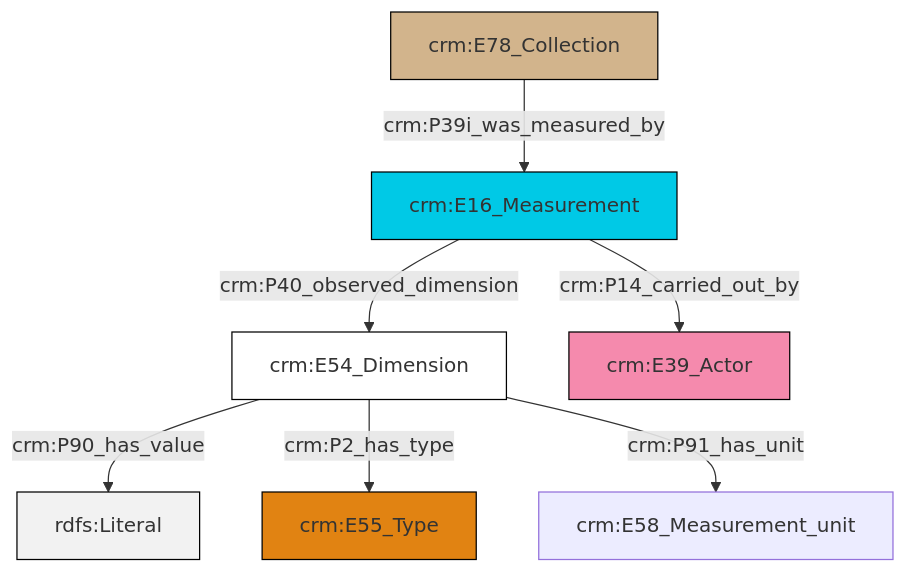
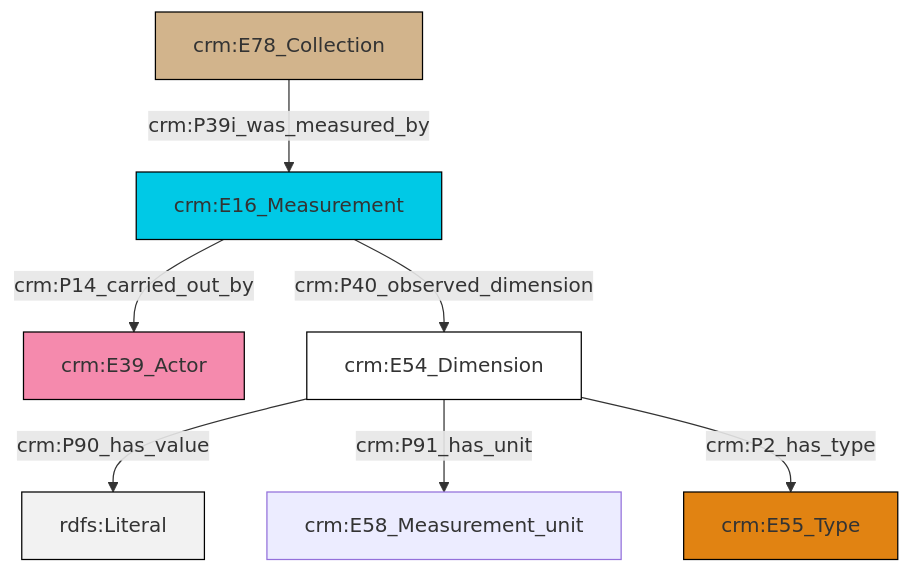
The diagram in et/archivalCSV/ttl/mmd/archival_substance.ttl.mmd (swiss-art-research-net/docs.swissartresearch), drawn with Mermaid before and after one commit. The commit also changed 181 other files, not shown here.

```diff
--- a/et/archivalCSV/ttl/mmd/archival_substance.ttl.mmd
+++ b/et/archivalCSV/ttl/mmd/archival_substance.ttl.mmd
@@ -1,21 +1,21 @@
 graph TD
 classDef Literal fill:#f2f2f2,stroke:#000000;
 classDef CRM_Entity fill:#FFFFFF,stroke:#000000;
 classDef Temporal_Entity fill:#00C9E6, stroke:#000000;
 classDef Type fill:#E18312, stroke:#000000;
 classDef Time-Span fill:#2C9C91, stroke:#000000;
 classDef Appellation fill:#FFEB7F, stroke:#000000;
 classDef Place fill:#008836, stroke:#000000;
 classDef Persistent_Item fill:#B266B2, stroke:#000000;
 classDef Conceptual_Object fill:#FFD700, stroke:#000000;
 classDef Physical_Thing fill:#D2B48C, stroke:#000000;
 classDef Actor fill:#f58aad, stroke:#000000;
 classDef PC_Classes fill:#4ce600, stroke:#000000;
 classDef Multi fill:#cccccc,stroke:#000000;
 
-0["crm:E54_Dimension"]:::CRM_Entity -->|crm:P90_has_value| 1[rdfs:Literal]:::Literal
-0["crm:E54_Dimension"]:::CRM_Entity -->|crm:P2_has_type| 2["crm:E55_Type"]:::Type
-0["crm:E54_Dimension"]:::CRM_Entity -->|crm:P91_has_unit| 3["crm:E58_Measurement_unit"]:::Default
-4["crm:E78_Collection"]:::Physical_Thing -->|crm:P39i_was_measured_by| 7["crm:E16_Measurement"]:::Temporal_Entity
-7["crm:E16_Measurement"]:::Temporal_Entity -->|crm:P14_carried_out_by| 11["crm:E39_Actor"]:::Actor
-7["crm:E16_Measurement"]:::Temporal_Entity -->|crm:P40_observed_dimension| 0["crm:E54_Dimension"]:::CRM_Entity
+0["crm:E16_Measurement"]:::Temporal_Entity -->|crm:P14_carried_out_by| 1["crm:E39_Actor"]:::Actor
+0["crm:E16_Measurement"]:::Temporal_Entity -->|crm:P40_observed_dimension| 2["crm:E54_Dimension"]:::CRM_Entity
+2["crm:E54_Dimension"]:::CRM_Entity -->|crm:P90_has_value| 3[rdfs:Literal]:::Literal
+2["crm:E54_Dimension"]:::CRM_Entity -->|crm:P91_has_unit| 5["crm:E58_Measurement_unit"]:::Default
+2["crm:E54_Dimension"]:::CRM_Entity -->|crm:P2_has_type| 9["crm:E55_Type"]:::Type
+7["crm:E78_Collection"]:::Physical_Thing -->|crm:P39i_was_measured_by| 0["crm:E16_Measurement"]:::Temporal_Entity
```
